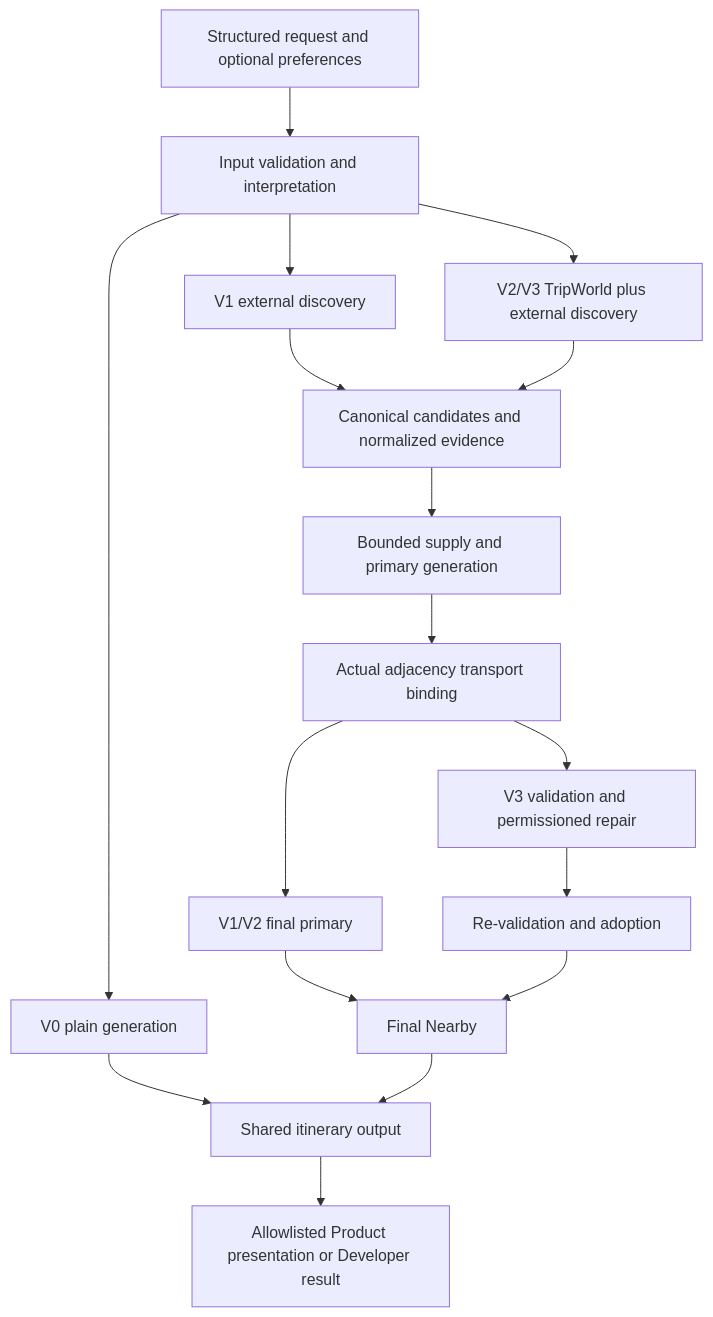
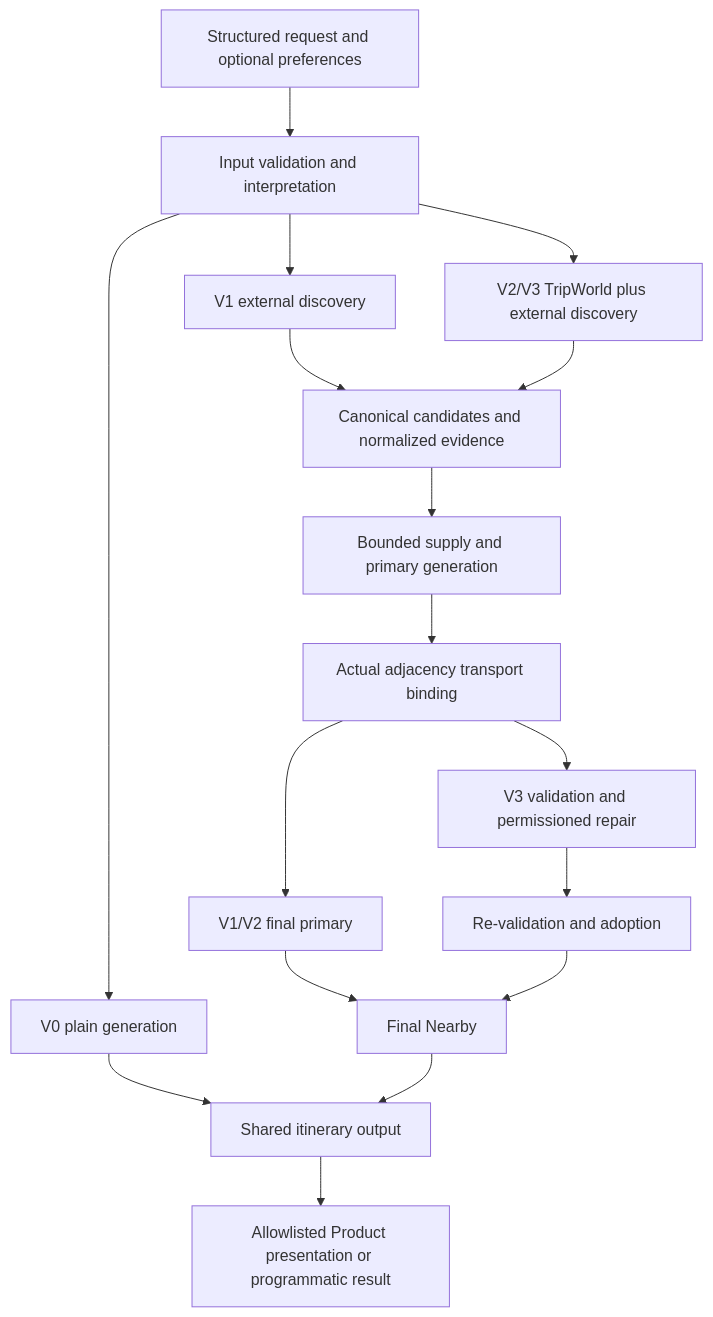
The diagram in docs/0001-system-architecture.md (rplalala/Dayloom), drawn with Mermaid before and after one commit. The commit also changed other lines of this file and 7 other files, not shown here.

````diff
--- a/docs/0001-system-architecture.md
+++ b/docs/0001-system-architecture.md
@@ -39,19 +39,19 @@
 ```mermaid
 flowchart TD
   A[Structured request and optional preferences] --> B[Input validation and interpretation]
   B --> C[V0 plain generation]
   B --> D[V1 external discovery]
   B --> E[V2/V3 TripWorld plus external discovery]
   D --> F[Canonical candidates and normalized evidence]
   E --> F
   F --> G[Bounded supply and primary generation]
   G --> H[Actual adjacency transport binding]
   H --> I[V1/V2 final primary]
   H --> J[V3 validation and permissioned repair]
   J --> K[Re-validation and adoption]
   I --> L[Final Nearby]
   K --> L
   C --> M[Shared itinerary output]
   L --> M
-  M --> N[Allowlisted Product presentation or Developer result]
+  M --> N[Allowlisted Product presentation or programmatic result]
 ```
````
